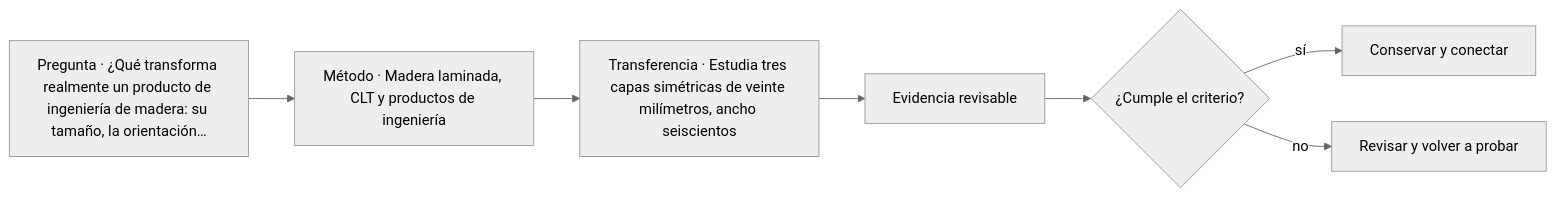
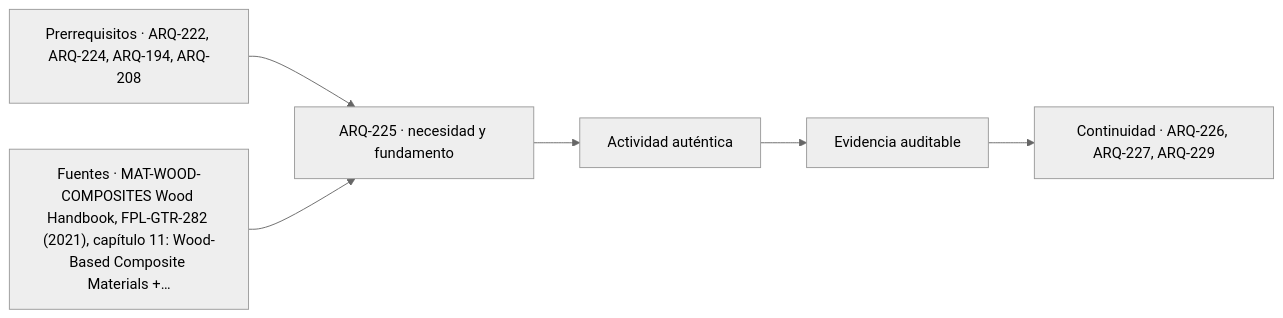
The diagram in classes/parte-23/ARQ-225.md (vladimiracunadev-create/architecture-built-environment-learning-program), drawn with Mermaid (neutral theme) before and after one commit. The commit also changed other lines of this file and 761 other files, not shown here.

````diff
--- a/classes/parte-23/ARQ-225.md
+++ b/classes/parte-23/ARQ-225.md
@@ -115,9 +127,8 @@
 ```mermaid
 flowchart LR
-    Q["Pregunta · ¿Qué transforma realmente un producto de ingeniería de madera: su tamaño, la orientación…"] --> M["Método · Madera laminada, CLT y productos de ingeniería"]
-    M --> P["Transferencia · Estudia tres capas simétricas de veinte milímetros, ancho seiscientos"]
-    P --> E["Evidencia revisable"]
-    E --> C{"¿Cumple el criterio?"}
-    C -->|sí| T["Conservar y conectar"]
-    C -->|no| R["Revisar y volver a probar"]
+    A["Prerrequisitos · ARQ-222, ARQ-224, ARQ-194, ARQ-208"] --> B["ARQ-225 · necesidad y fundamento"]
+    S["Fuentes · MAT-WOOD-COMPOSITES Wood Handbook, FPL-GTR-282 (2021), capítulo 11: Wood-Based Composite Materials +…"] --> B
+    B --> C["Actividad auténtica"]
+    C --> D["Evidencia auditable"]
+    D --> E["Continuidad · ARQ-226, ARQ-227, ARQ-229"]
 ```
````
